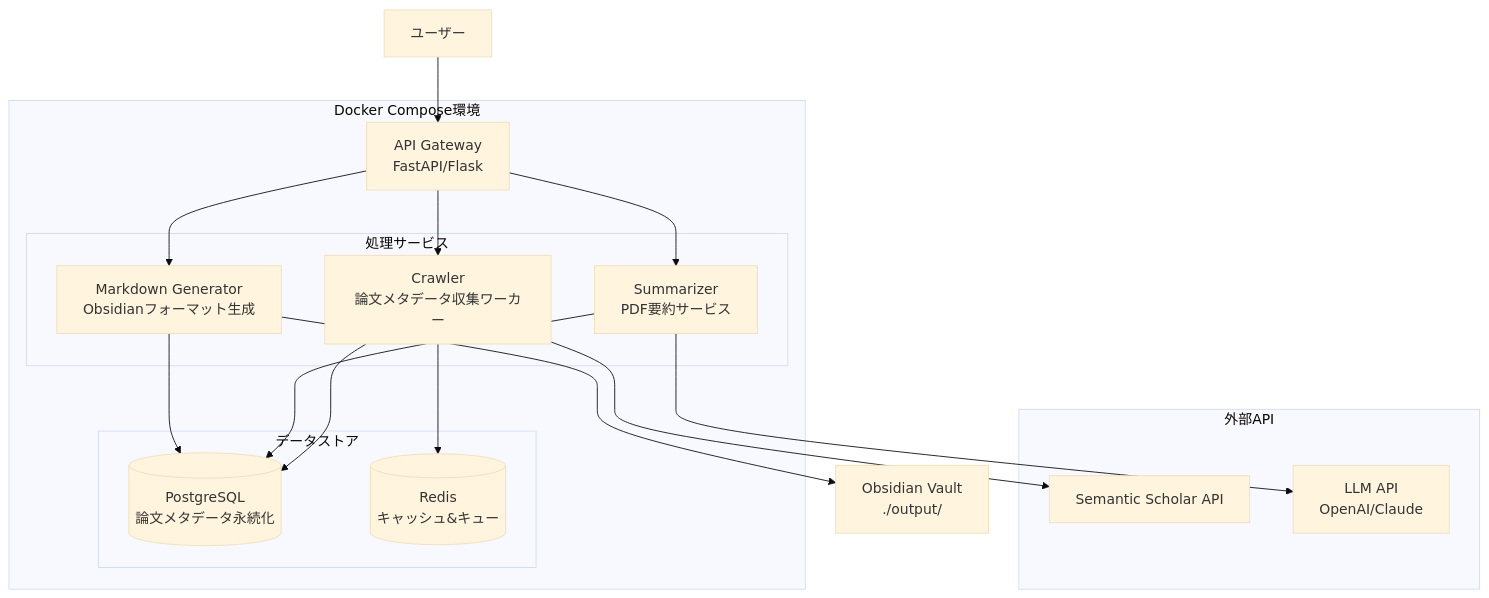
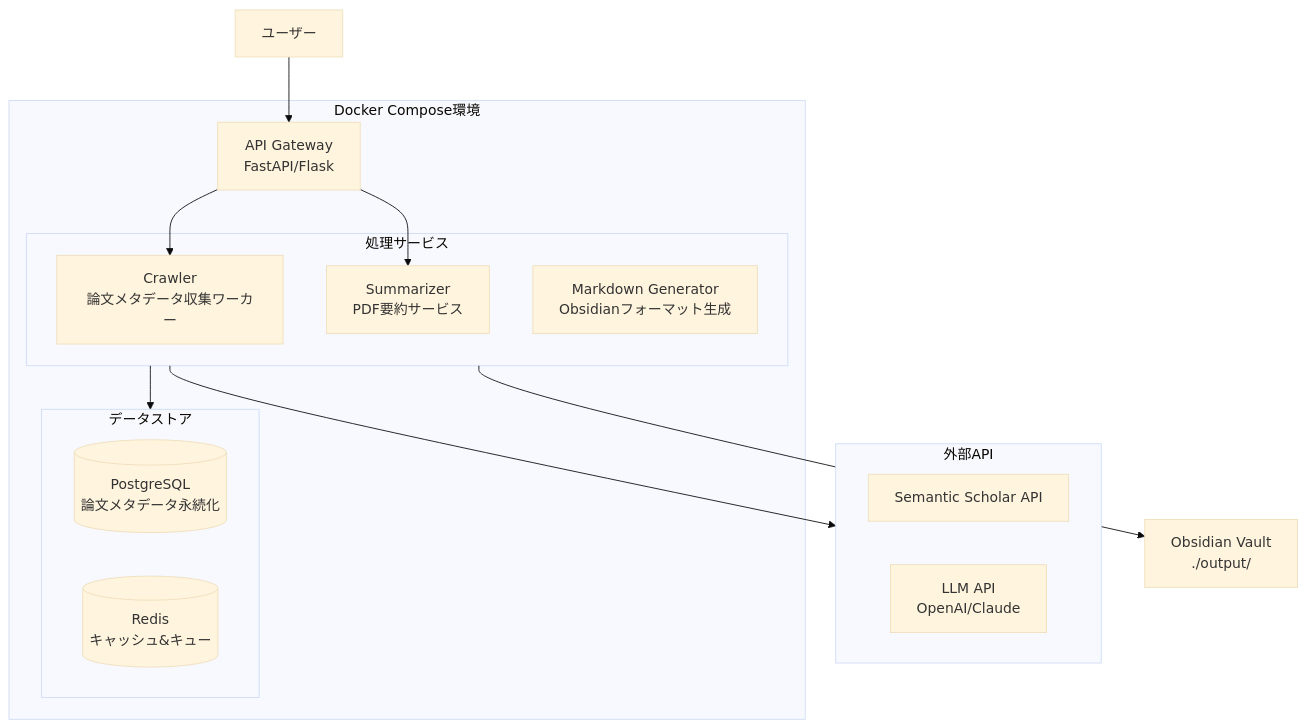
One commit to tsuji-tomonori/ref-net changed the first of 5 diagrams in docs/design/architecture.md. Above: the diagram before and after it, drawn with Mermaid (base theme).

Commit message:
refactor(design): Docker構成図の接続線を整理し、処理サービスの接続を明確化

````diff
--- a/docs/design/architecture.md
+++ b/docs/design/architecture.md
@@ -7,54 +7,49 @@
 ```mermaid
 graph TB
     %% ユーザー
     User[ユーザー]
 
     %% 外部API
     subgraph "外部API"
         SemanticAPI[Semantic Scholar API]
         LLMAPI[LLM API<br/>OpenAI/Claude]
     end
 
     %% Docker Compose環境
     subgraph "Docker Compose環境"
         %% API Gateway
         API[API Gateway<br/>FastAPI/Flask]
 
         %% 処理サービス
         subgraph "処理サービス"
             Crawler[Crawler<br/>論文メタデータ収集ワーカー]
             Summarizer[Summarizer<br/>PDF要約サービス]
             Generator[Markdown Generator<br/>Obsidianフォーマット生成]
         end
 
         %% データストア
         subgraph "データストア"
             PostgreSQL[(PostgreSQL<br/>論文メタデータ永続化)]
             Redis[(Redis<br/>キャッシュ&キュー)]
         end
     end
 
     %% 出力
     Obsidian[Obsidian Vault<br/>./output/]
 
     %% ユーザー → API Gateway
     User --> API
 
     %% API Gateway → 処理サービス
     API --> Crawler
     API --> Summarizer
-    API --> Generator
 
     %% 処理サービス → データストア
-    Crawler --> PostgreSQL
-    Crawler --> Redis
-    Summarizer --> PostgreSQL
-    Generator --> PostgreSQL
+    処理サービス --> データストア
 
     %% 処理サービス → 外部API
-    Crawler --> SemanticAPI
-    Summarizer --> LLMAPI
+    処理サービス --> 外部API
 
     %% 処理サービス → 出力
-    Generator --> Obsidian
+    処理サービス --> Obsidian
 ```
````
